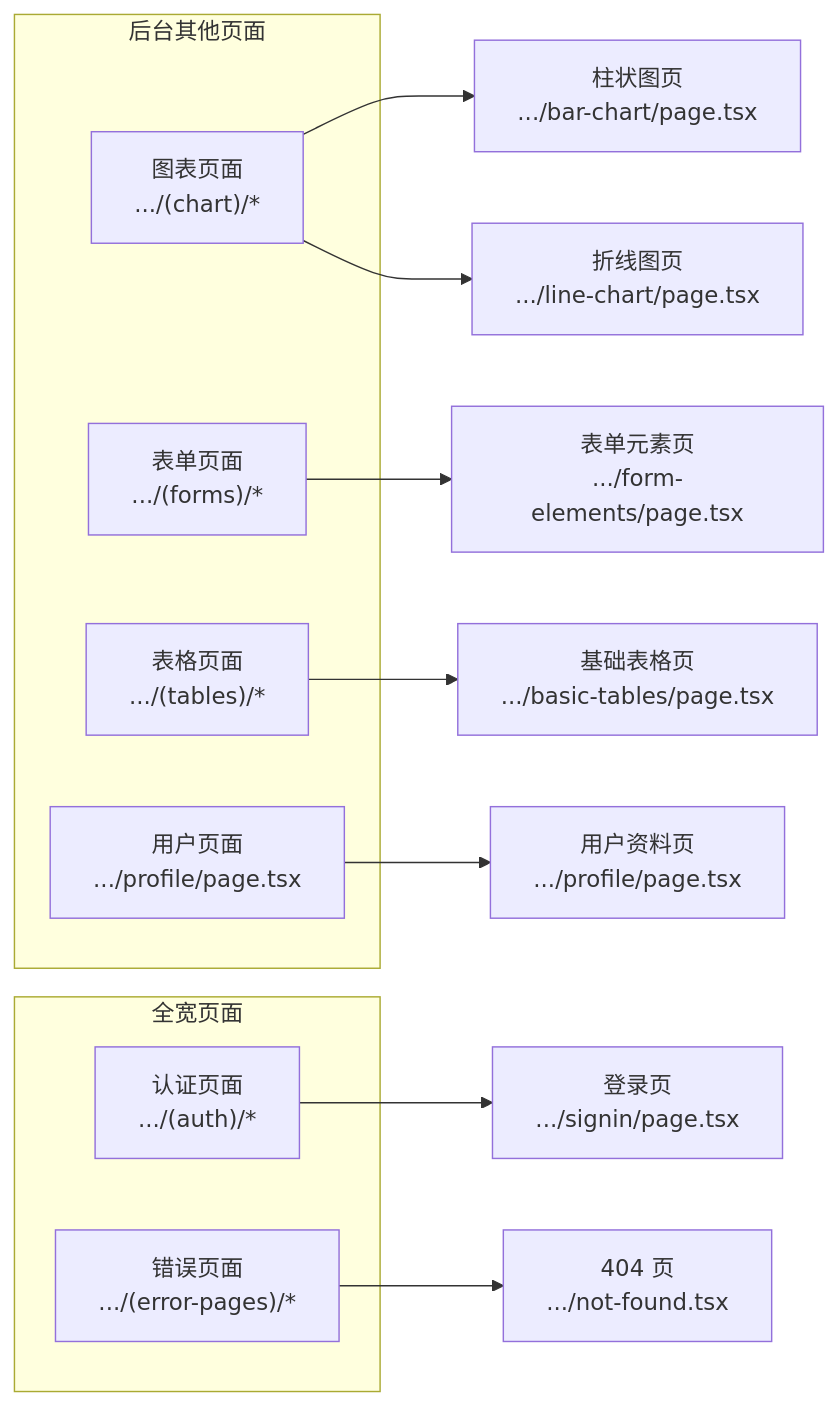
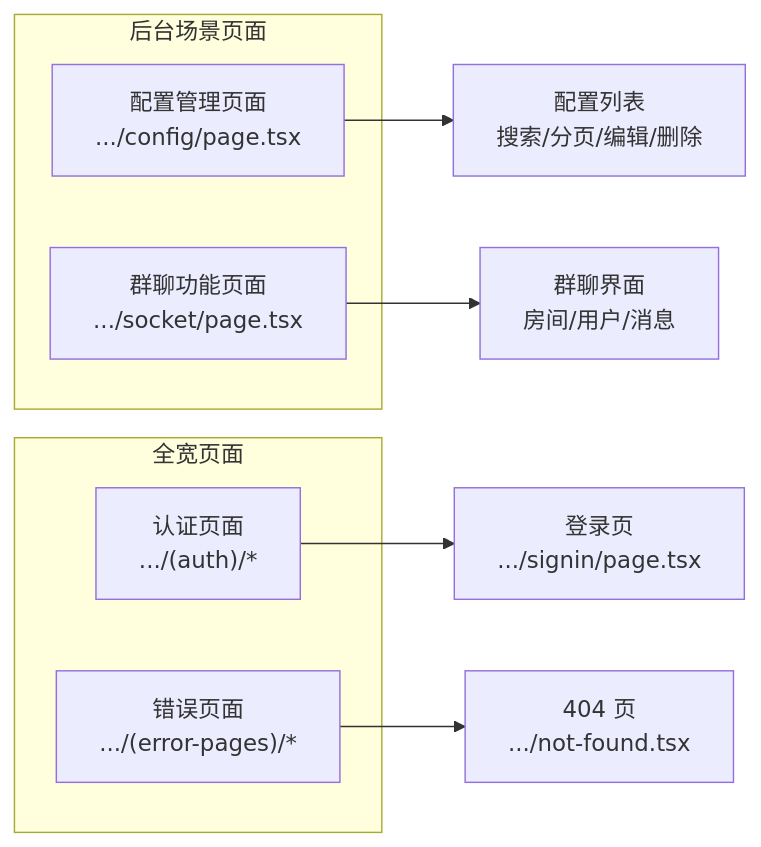
The third of 7 diagrams in .qoder/repowiki/zh/content/页面路由系统/页面路由系统.md (HAOFUYANG/nextjs-admin), drawn with Mermaid before and after one commit. The commit also changed other lines of this file and 36 other files, not shown here.

````diff
--- a/.qoder/repowiki/zh/content/页面路由系统/页面路由系统.md
+++ b/.qoder/repowiki/zh/content/页面路由系统/页面路由系统.md
@@ -129,20 +126,15 @@
 ```mermaid
 graph LR
-subgraph "后台其他页面"
-CHART["图表页面<br/>.../(chart)/*"]
-FORMS["表单页面<br/>.../(forms)/*"]
-TABLES["表格页面<br/>.../(tables)/*"]
-PROFILE["用户页面<br/>.../profile/page.tsx"]
+subgraph "后台场景页面"
+CONFIG["配置管理页面<br/>.../config/page.tsx"]
+CHAT["群聊功能页面<br/>.../socket/page.tsx"]
 end
 subgraph "全宽页面"
 AUTH["认证页面<br/>.../(auth)/*"]
 ERR["错误页面<br/>.../(error-pages)/*"]
 end
-CHART --> BAR["柱状图页<br/>.../bar-chart/page.tsx"]
-CHART --> LINE["折线图页<br/>.../line-chart/page.tsx"]
-FORMS --> FE["表单元素页<br/>.../form-elements/page.tsx"]
-TABLES --> BT["基础表格页<br/>.../basic-tables/page.tsx"]
-PROFILE --> P["用户资料页<br/>.../profile/page.tsx"]
+CONFIG --> CM["配置列表<br/>搜索/分页/编辑/删除"]
+CHAT --> GC["群聊界面<br/>房间/用户/消息"]
 AUTH --> SI["登录页<br/>.../signin/page.tsx"]
 ERR --> NF["404 页<br/>.../not-found.tsx"]
 ```
````
